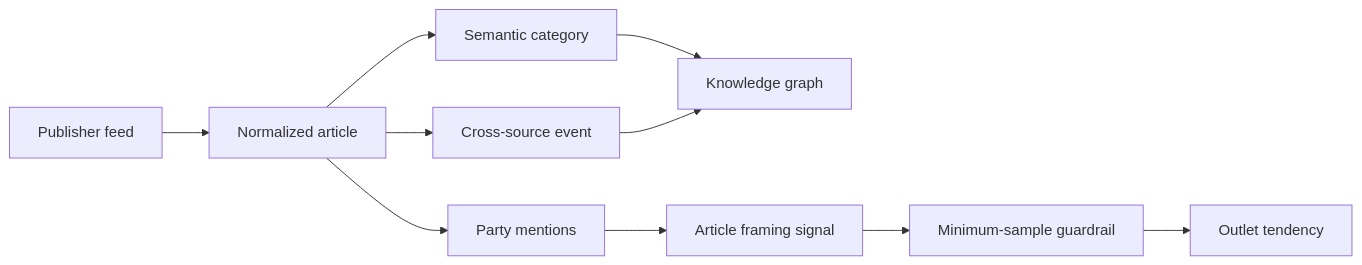
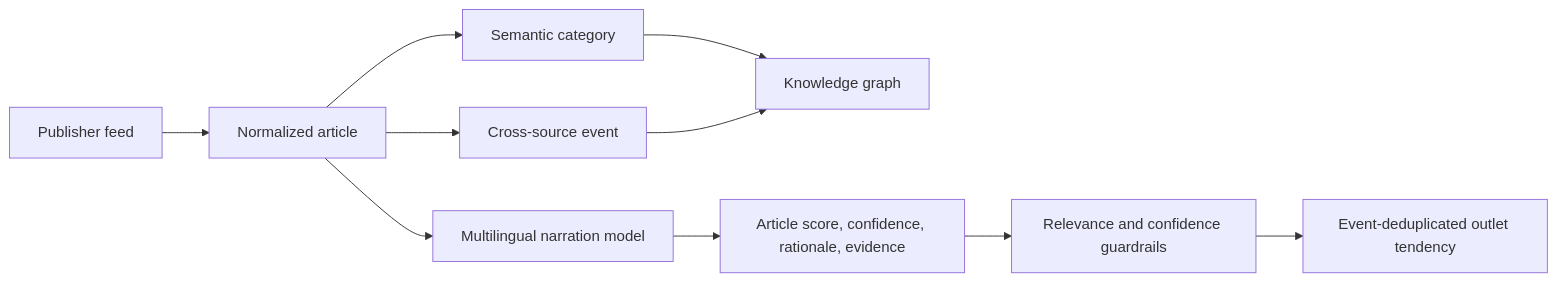
One commit to prabhavalabs/lanka-news-paper changed the diagram in docs/knowledge-intelligence.md. Above: the diagram before and after it, drawn with Mermaid. The commit also changed other lines of this file and 2 other files, not shown here.

Commit message:
feat(admin): explain narration intelligence scores

````diff
--- a/docs/knowledge-intelligence.md
+++ b/docs/knowledge-intelligence.md
@@ -18,12 +18,12 @@
 ```mermaid
 flowchart LR
     A["Publisher feed"] --> B["Normalized article"]
     B --> C["Semantic category"]
     B --> D["Cross-source event"]
     C --> E["Knowledge graph"]
     D --> E
-    B --> F["Party mentions"]
-    F --> G["Article framing signal"]
-    G --> H["Minimum-sample guardrail"]
-    H --> I["Outlet tendency"]
+    B --> F["Multilingual narration model"]
+    F --> G["Article score, confidence, rationale, evidence"]
+    G --> H["Relevance and confidence guardrails"]
+    H --> I["Event-deduplicated outlet tendency"]
 ```
````
